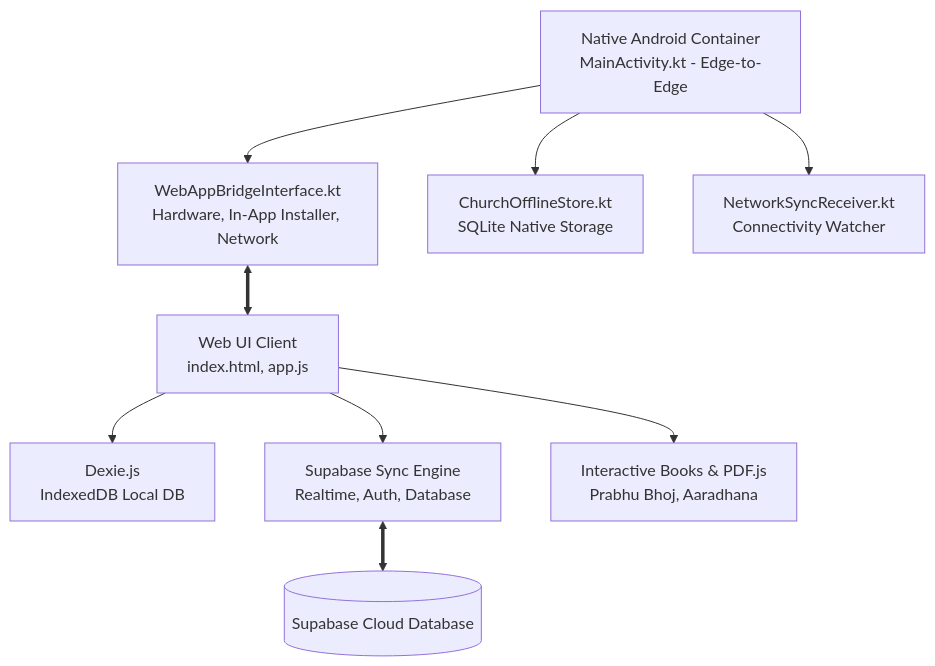
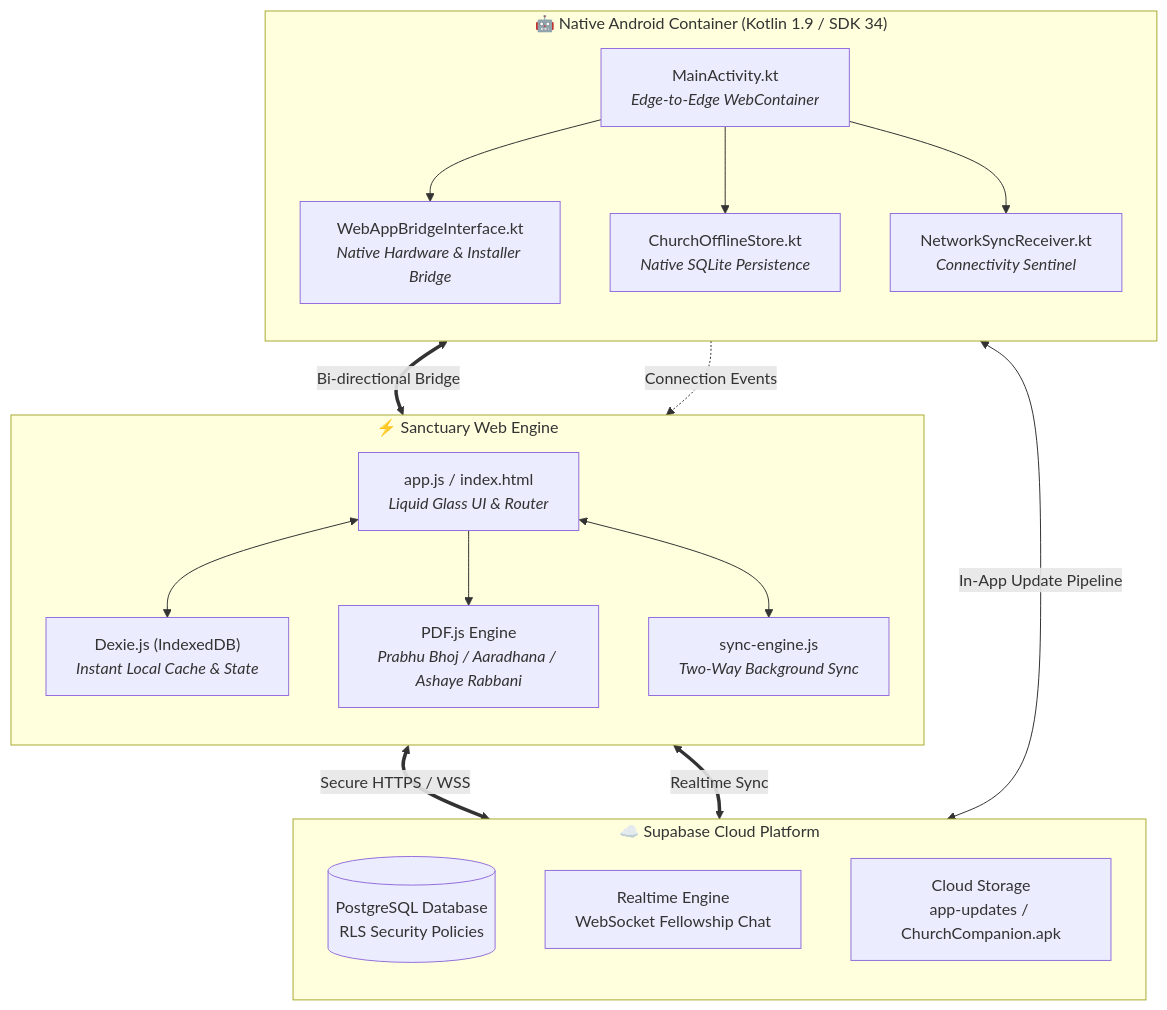
One commit to iamemanual/CNI-Church-App changed the diagram in README.md. Above: the diagram before and after it, drawn with Mermaid. The commit also changed other lines of this file, not shown here.

Commit message:
docs: beautifully redevelop README with hero banner, book gallery, and architecture pipeline

````diff
--- a/README.md
+++ b/README.md
@@ -73,13 +127,39 @@
 ```mermaid
-graph TD
-    A[Native Android Container<br/>MainActivity.kt - Edge-to-Edge] --> B[WebAppBridgeInterface.kt<br/>Hardware, In-App Installer, Network]
-    A --> C[ChurchOfflineStore.kt<br/>SQLite Native Storage]
-    A --> D[NetworkSyncReceiver.kt<br/>Connectivity Watcher]
-    
-    B <==> E[Web UI Client<br/>index.html, app.js]
-    E --> F[Dexie.js<br/>IndexedDB Local DB]
-    E --> G[Supabase Sync Engine<br/>Realtime, Auth, Database]
-    E --> H[Interactive Books & PDF.js<br/>Prabhu Bhoj, Aaradhana]
+flowchart TD
+    subgraph NativeAndroid["🤖 Native Android Container (Kotlin 1.9 / SDK 34)"]
+        direction TB
+        Main["MainActivity.kt<br/><i>Edge-to-Edge WebContainer</i>"]
+        Bridge["WebAppBridgeInterface.kt<br/><i>Native Hardware & Installer Bridge</i>"]
+        SQLite["ChurchOfflineStore.kt<br/><i>Native SQLite Persistence</i>"]
+        NetWatch["NetworkSyncReceiver.kt<br/><i>Connectivity Sentinel</i>"]
+        
+        Main --> Bridge
+        Main --> SQLite
+        Main --> NetWatch
+    end
 
-    G <==> I[(Supabase Cloud Database)]
+    subgraph HybridEngine["⚡ Sanctuary Web Engine"]
+        direction TB
+        AppJS["app.js / index.html<br/><i>Liquid Glass UI & Router</i>"]
+        Dexie["Dexie.js (IndexedDB)<br/><i>Instant Local Cache & State</i>"]
+        PDF["PDF.js Engine<br/><i>Prabhu Bhoj / Aaradhana / Ashaye Rabbani</i>"]
+        SyncWorker["sync-engine.js<br/><i>Two-Way Background Sync</i>"]
+
+        AppJS <--> Dexie
+        AppJS --> PDF
+        AppJS <--> SyncWorker
+    end
+
+    subgraph Cloud["☁️ Supabase Cloud Platform"]
+        direction TB
+        SupaDB[("PostgreSQL Database<br/>RLS Security Policies")]
+        SupaRealtime["Realtime Engine<br/>WebSocket Fellowship Chat"]
+        SupaStorage["Cloud Storage<br/>app-updates / ChurchCompanion.apk"]
+    end
+
+    Bridge <==>|"Bi-directional Bridge"| AppJS
+    NetWatch -.->|"Connection Events"| SyncWorker
+    SyncWorker <==>|"Secure HTTPS / WSS"| SupaDB
+    SyncWorker <==>|"Realtime Sync"| SupaRealtime
+    Bridge <-->|"In-App Update Pipeline"| SupaStorage
 ```
````
